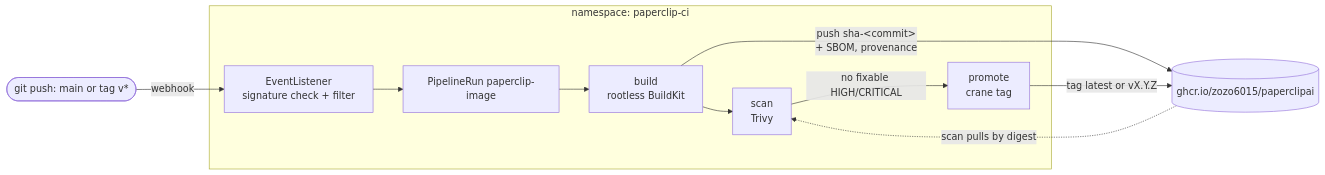
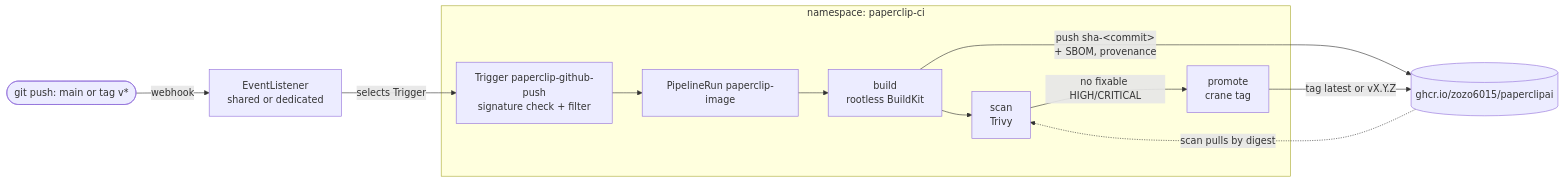
One commit to zozo6015/paperclipai changed the second of 3 diagrams in README.md. Above: the diagram before and after it, drawn with Mermaid. The commit also changed other lines of this file and 9 other files, not shown here.

First line of the commit message:
Tekton: standalone Trigger that any EventListener can serve

````diff
--- a/README.md
+++ b/README.md
@@ -58,13 +59,14 @@
 ```mermaid
 flowchart LR
-    push(["git push: main or tag v*"]) -->|"webhook"| el
+    push(["git push: main or tag v*"]) -->|"webhook"| el["EventListener<br/>shared or dedicated"]
+    el -->|"selects Trigger"| trig
     subgraph pipe["namespace: paperclip-ci"]
-        el["EventListener<br/>signature check + filter"] --> pr["PipelineRun paperclip-image"]
+        trig["Trigger paperclip-github-push<br/>signature check + filter"] --> pr["PipelineRun paperclip-image"]
         pr --> build["build<br/>rootless BuildKit"]
         build --> scan["scan<br/>Trivy"]
         scan -->|"no fixable HIGH/CRITICAL"| promote["promote<br/>crane tag"]
     end
     build -->|"push sha-&lt;commit&gt;<br/>+ SBOM, provenance"| ghcr[("ghcr.io/zozo6015/paperclipai")]
     promote -->|"tag latest or vX.Y.Z"| ghcr
     ghcr -.->|"scan pulls by digest"| scan
 ```
````
